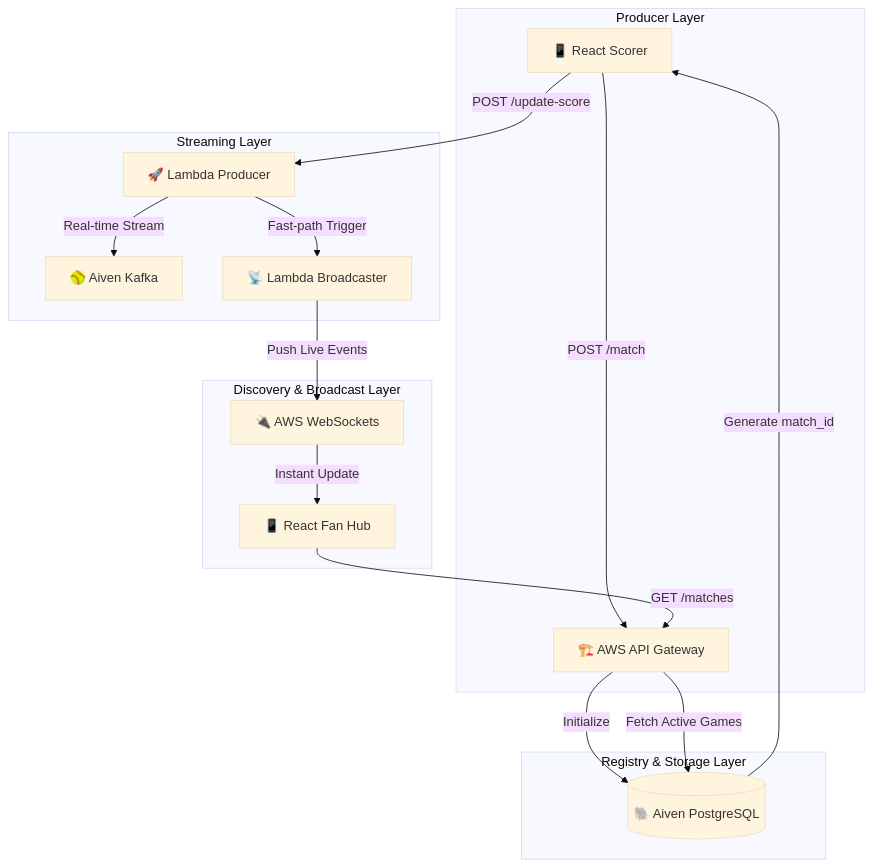
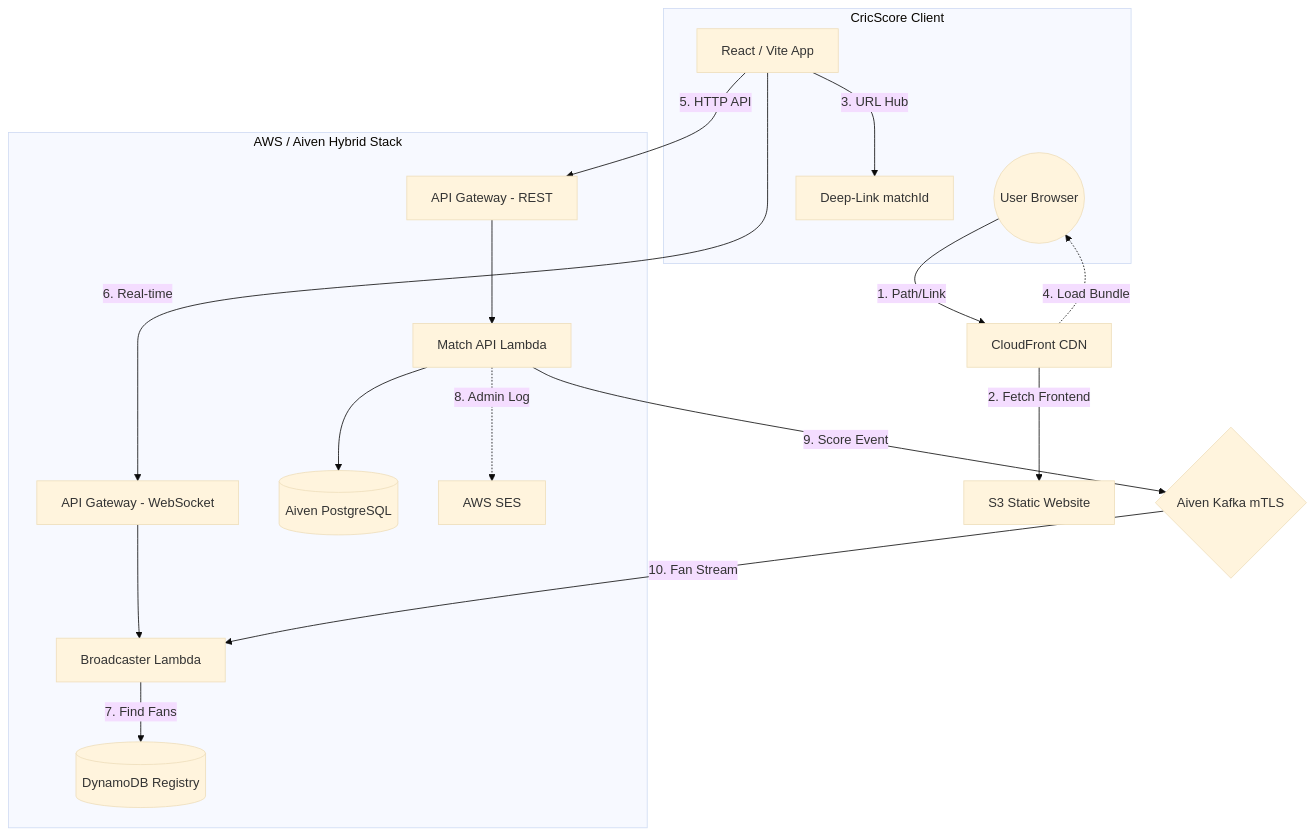
The first of 3 diagrams in docs/architecture.md (venkatesh-singamsetty/cric-score), drawn with Mermaid (base theme) before and after one commit. The commit also changed other lines of this file and 11 other files, not shown here.

````diff
--- a/docs/architecture.md
+++ b/docs/architecture.md
@@ -8,24 +6,27 @@
 ```mermaid
 graph TD
-    subgraph "Producer Layer"
-        SR[📱 React Scorer] -->|POST /match| AG[🏗️ AWS API Gateway]
+    User((User Browser)) -->|1. Path/Link| CF[CloudFront CDN]
+    CF -->|2. Fetch Frontend| S3[S3 Static Website]
+    
+    subgraph Browser_Environment [CricScore Client]
+        User
+        React[React / Vite App]
+        React -->|3. URL Hub| AppID[Deep-Link matchId]
     end
-
-    subgraph "Registry & Storage Layer"
-        AG -->|Initialize| PG[(🐘 Aiven PostgreSQL)]
-        PG -->|Generate match_id| SR
+    
+    CF -.->|4. Load Bundle| User
+    React -->|5. HTTP API| APIGW_REST[API Gateway - REST]
+    React -->|6. Real-time| APIGW_WS[API Gateway - WebSocket]
+    
+    subgraph Backend_Cloud [AWS / Aiven Hybrid Stack]
+        APIGW_REST --> Lambda_API[Match API Lambda]
+        APIGW_WS --> Lambda_WS[Broadcaster Lambda]
+        
+        Lambda_API --> PG[(Aiven PostgreSQL)]
+        Lambda_WS -->|7. Find Fans| DDB[(DynamoDB Registry)]
+        Lambda_API -.->|8. Admin Log| SES[AWS SES]
     end
-
-    subgraph "Streaming Layer"
-        SR -->|POST /update-score| SP[🚀 Lambda Producer]
-        SP -->|Real-time Stream| KF[🥎 Aiven Kafka]
-        SP -->|Fast-path Trigger| BC[📡 Lambda Broadcaster]
-    end
-
-    subgraph "Discovery & Broadcast Layer"
-        FT[📱 React Fan Hub] -->|GET /matches| AG
-        AG -->|Fetch Active Games| PG
-        BC -->|Push Live Events| WS[🔌 AWS WebSockets]
-        WS -->|Instant Update| FT
-    end
+    
+    Lambda_API -->|9. Score Event| Kafka{Aiven Kafka mTLS}
+    Kafka -->|10. Fan Stream| Lambda_WS
 ```
````
